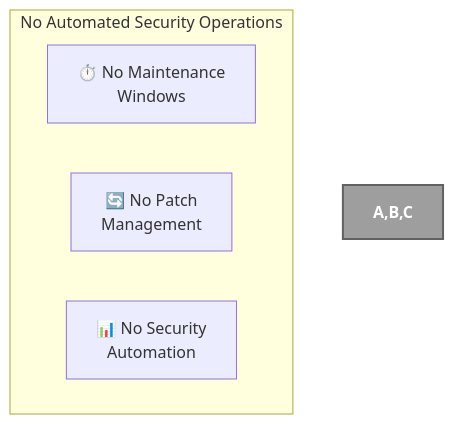
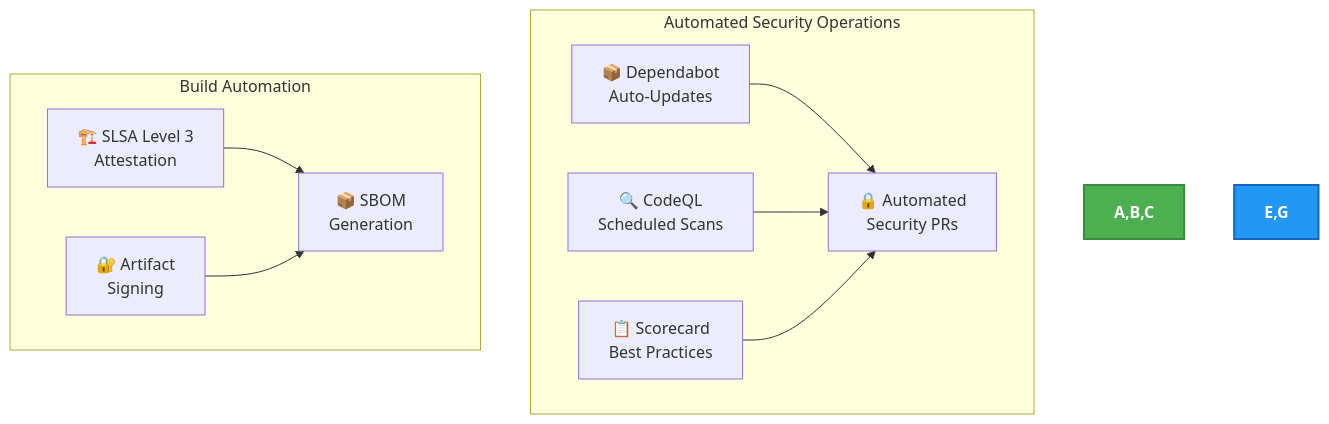
One commit to Hack23/cia-compliance-manager changed diagram 16 of 32 in docs/architecture/SECURITY_ARCHITECTURE.md. Above: the diagram before and after it, drawn with Mermaid. The commit also changed other lines of this file and 9 other files, not shown here.

First line of the commit message:
docs: update architecture documents to accurately reflect current system (#974)

````diff
--- a/docs/architecture/SECURITY_ARCHITECTURE.md
+++ b/docs/architecture/SECURITY_ARCHITECTURE.md
@@ -1145,10 +1167,16 @@
 ```mermaid
 flowchart TD
-    subgraph "No Automated Security Operations"
-        A[⏱️ No Maintenance<br>Windows]
-        B[🔄 No Patch<br>Management]
-        C[📊 No Security<br>Automation]
+    subgraph "Automated Security Operations"
+        A[📦 Dependabot<br>Auto-Updates] --> D[🔒 Automated<br>Security PRs]
+        B[🔍 CodeQL<br>Scheduled Scans] --> D
+        C[📋 Scorecard<br>Best Practices] --> D
     end
 
-    style A,B,C fill:#9E9E9E,stroke:#616161,stroke-width:2px,color:white,font-weight:bold
+    subgraph "Build Automation"
+        E[🏗️ SLSA Level 3<br>Attestation] --> F[📦 SBOM<br>Generation]
+        G[🔐 Artifact<br>Signing] --> F
+    end
+
+    style A,B,C fill:#4CAF50,stroke:#388E3C,stroke-width:2px,color:white,font-weight:bold
+    style E,G fill:#2196F3,stroke:#1565C0,stroke-width:2px,color:white,font-weight:bold
 ```
````
